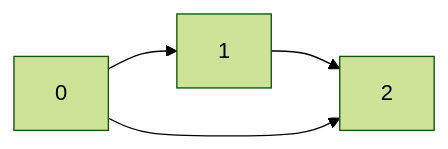
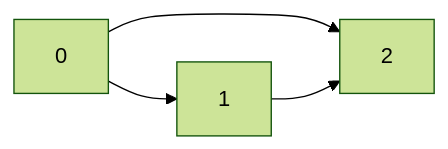
The eighth of 10 diagrams in Megarachne/Manual/Manual for Megarachne.md (paireks/Megarachne), drawn with Mermaid (forest theme) before and after one commit. The commit also changed other lines of this file and 11 other files, not shown here.

````diff
--- a/Megarachne/Manual/Manual for Megarachne.md
+++ b/Megarachne/Manual/Manual for Megarachne.md
@@ -243,6 +243,6 @@
    ```mermaid
    graph LR
+   	0 --> 2;
    	0 --> 1;
    	1 --> 2;
-   	0 --> 2;
    ```
````
